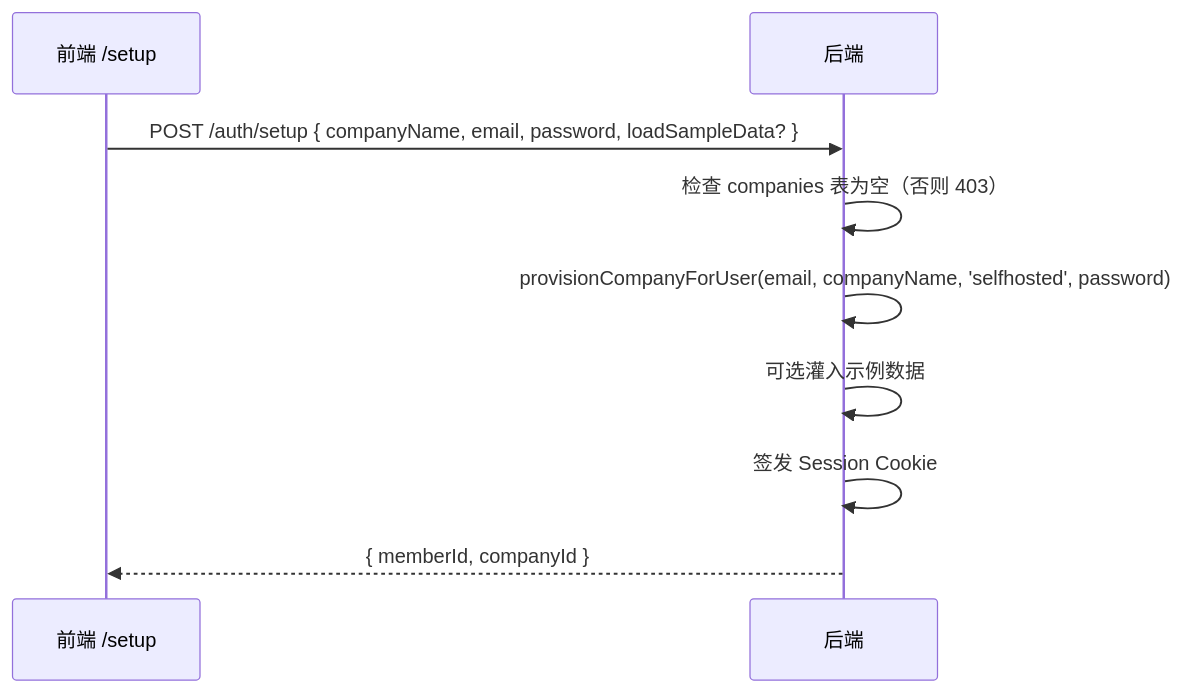
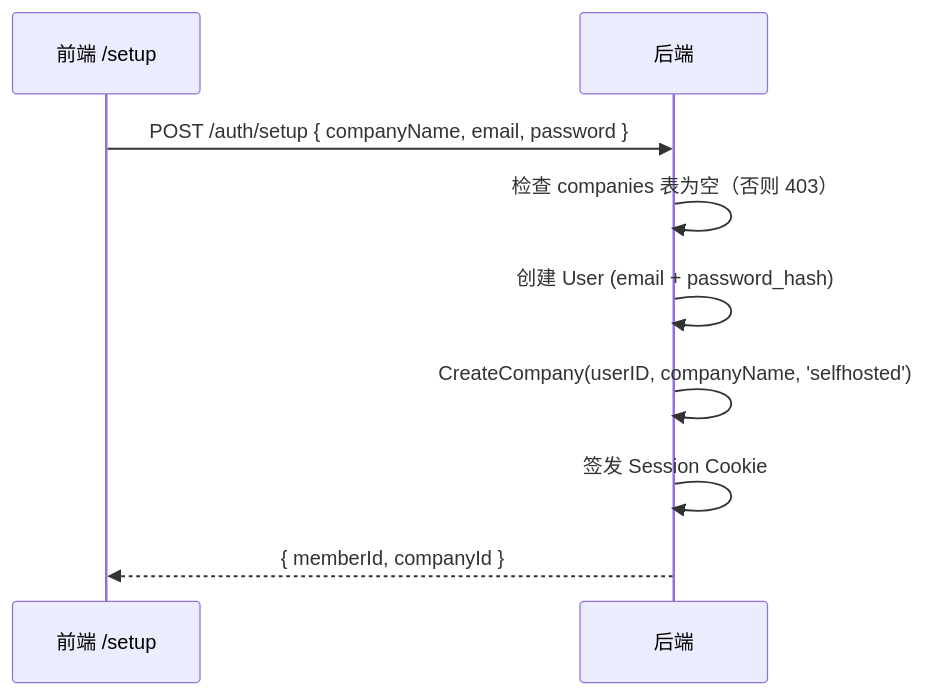
The seventh of 8 diagrams in docs/saas/登录注册方案设计.md (quyip8818/mytokenjoy), drawn with Mermaid before and after one commit. The commit also changed other lines of this file and 3 other files, not shown here.

````diff
--- a/docs/saas/登录注册方案设计.md
+++ b/docs/saas/登录注册方案设计.md
@@ -221,12 +372,12 @@
 ```mermaid
 sequenceDiagram
     participant F as 前端 /setup
     participant B as 后端
 
-    F->>B: POST /auth/setup { companyName, email, password, loadSampleData? }
+    F->>B: POST /auth/setup { companyName, email, password }
     B->>B: 检查 companies 表为空（否则 403）
-    B->>B: provisionCompanyForUser(email, companyName, 'selfhosted', password)
-    B->>B: 可选灌入示例数据
+    B->>B: 创建 User (email + password_hash)
+    B->>B: CreateCompany(userID, companyName, 'selfhosted')
     B->>B: 签发 Session Cookie
     B-->>F: { memberId, companyId }
 ```
````
